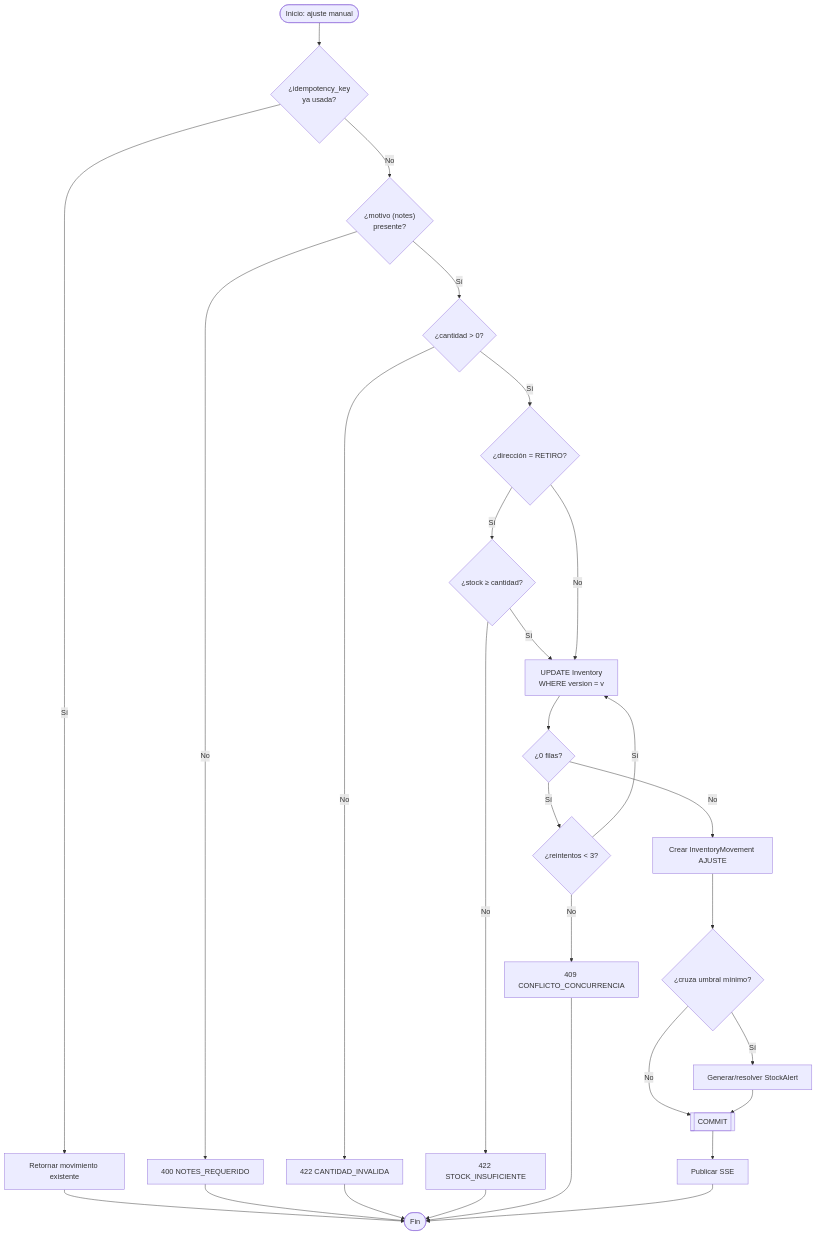
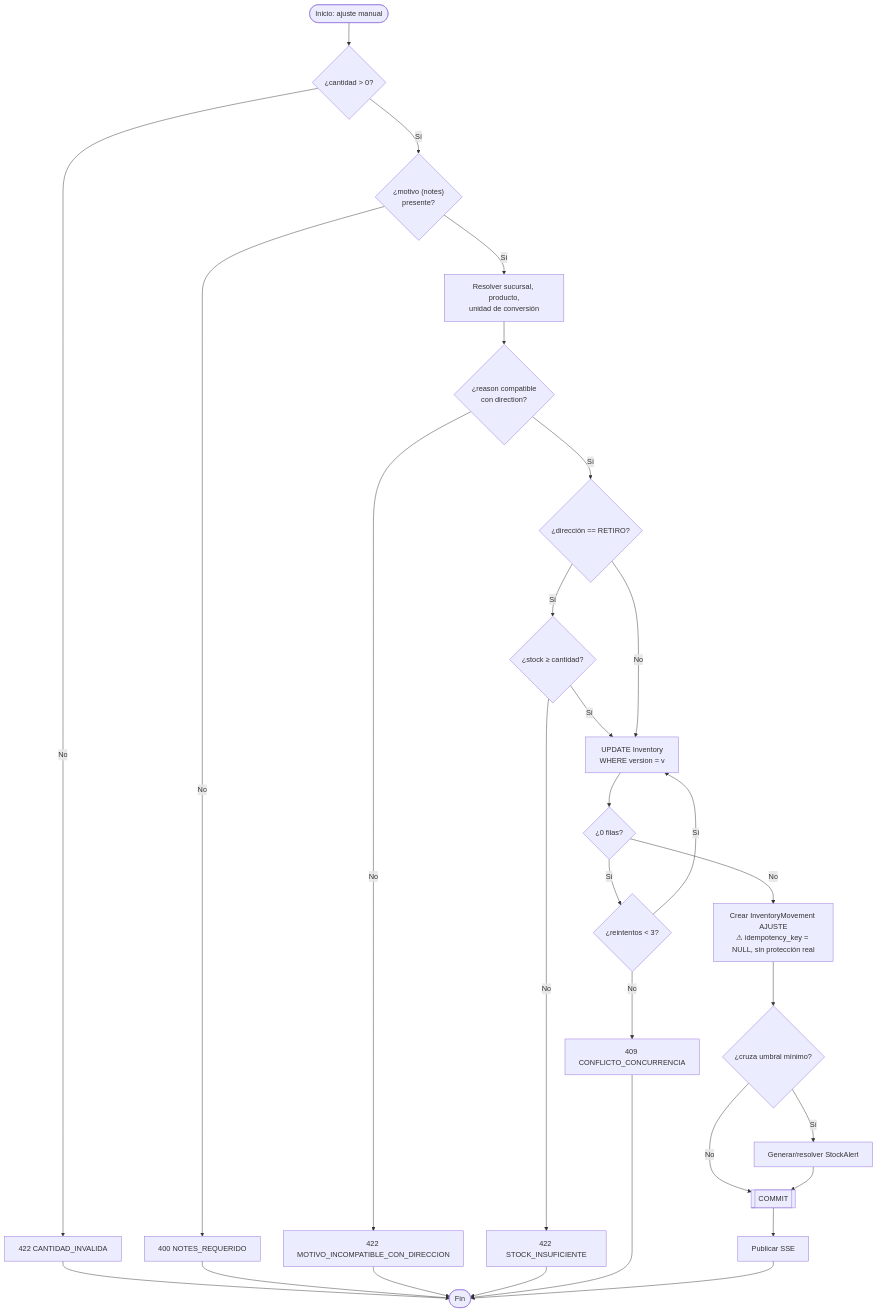
One commit to Breyner-sq/sistema-inventario-multisucursal changed the seventh of 8 diagrams in docs/CRITICAL_FLOWS.md. Above: the diagram before and after it, drawn with Mermaid. The commit also changed other lines of this file and 4 other files, not shown here.

````diff
--- a/docs/CRITICAL_FLOWS.md
+++ b/docs/CRITICAL_FLOWS.md
@@ -514,24 +355,25 @@
 ```mermaid
 flowchart TD
-    Start([Inicio: ajuste manual]) --> CheckIdemp{"¿idempotency_key<br/>ya usada?"}
-    CheckIdemp -- Sí --> Return[Retornar movimiento existente] --> End([Fin])
-    CheckIdemp -- No --> ValidarNotes{"¿motivo (notes)<br/>presente?"}
+    Start([Inicio: ajuste manual]) --> ValidarCantidad{"¿cantidad > 0?"}
+    ValidarCantidad -- No --> Err422a[422 CANTIDAD_INVALIDA] --> End([Fin])
+    ValidarCantidad -- Sí --> ValidarNotes{"¿motivo (notes)<br/>presente?"}
     ValidarNotes -- No --> Err400[400 NOTES_REQUERIDO] --> End
-    ValidarNotes -- Sí --> ValidarCantidad{"¿cantidad > 0?"}
-    ValidarCantidad -- No --> Err422a[422 CANTIDAD_INVALIDA] --> End
-    ValidarCantidad -- Sí --> EsRetiro{"¿dirección = RETIRO?"}
+    ValidarNotes -- Sí --> ResolverDatos["Resolver sucursal, producto,<br/>unidad de conversión"]
+    ResolverDatos --> ValidarMotivo{"¿reason compatible<br/>con direction?"}
+    ValidarMotivo -- No --> Err422m[422 MOTIVO_INCOMPATIBLE_CON_DIRECCION] --> End
+    ValidarMotivo -- Sí --> EsRetiro{"¿dirección == RETIRO?"}
     EsRetiro -- Sí --> ValidarStock{"¿stock ≥ cantidad?"}
     ValidarStock -- No --> Err422b[422 STOCK_INSUFICIENTE] --> End
     ValidarStock -- Sí --> UpdateInv
     EsRetiro -- No --> UpdateInv["UPDATE Inventory<br/>WHERE version = v"]
     UpdateInv --> InvOk{"¿0 filas?"}
     InvOk -- Sí --> Reintentar{"¿reintentos < 3?"}
     Reintentar -- Sí --> UpdateInv
     Reintentar -- No --> Err409[409 CONFLICTO_CONCURRENCIA] --> End
-    InvOk -- No --> CrearMov[Crear InventoryMovement AJUSTE]
+    InvOk -- No --> CrearMov["Crear InventoryMovement AJUSTE<br/>⚠ idempotency_key = NULL, sin protección real"]
     CrearMov --> CheckAlerta{"¿cruza umbral mínimo?"}
     CheckAlerta -- Sí --> GenerarAlerta[Generar/resolver StockAlert]
     CheckAlerta -- No --> Commit
     GenerarAlerta --> Commit[["COMMIT"]]
     Commit --> Publicar[Publicar SSE] --> End
 ```
````
